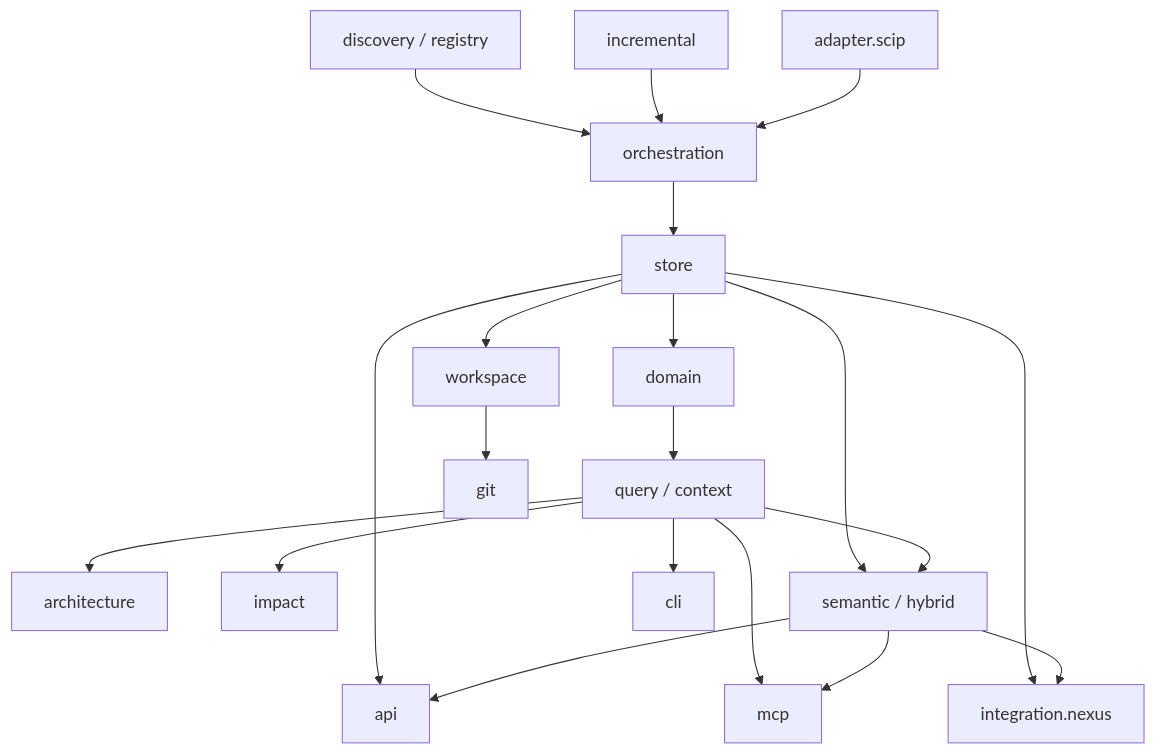
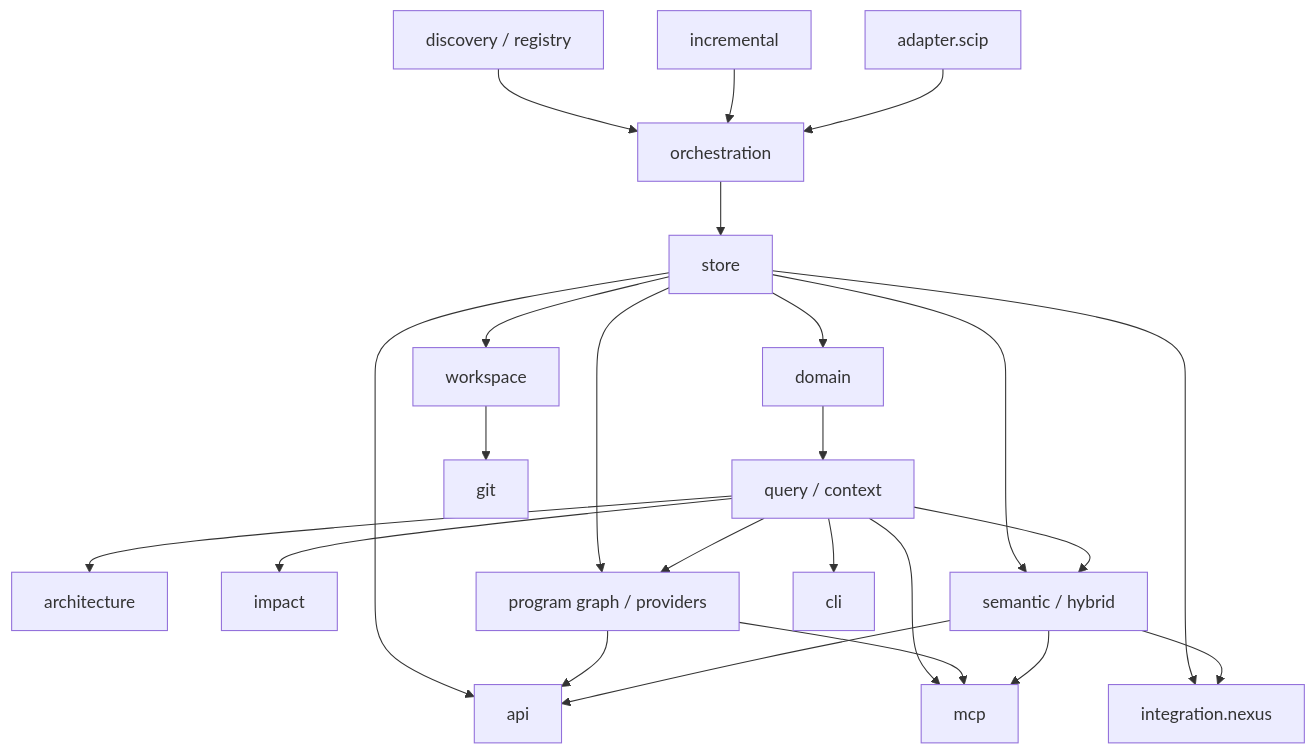
One commit to FTurleque/minos-code-intelligence changed the diagram in docs/developer/README.md. Above: the diagram before and after it, drawn with Mermaid. The commit also changed other lines of this file, not shown here.

````diff
--- a/docs/developer/README.md
+++ b/docs/developer/README.md
@@ -24,22 +25,26 @@
 ```mermaid
 flowchart TB
     DISC[discovery / registry] --> ORCH[orchestration]
     INC[incremental] --> ORCH
     SCIP[adapter.scip] --> ORCH
     ORCH --> STORE[store]
     STORE --> DOMAIN[domain]
     DOMAIN --> QUERY[query / context]
     QUERY --> ARCH[architecture]
     QUERY --> IMPACT[impact]
+    STORE --> PROG[program graph / providers]
+    QUERY --> PROG
     STORE --> SEM[semantic / hybrid]
     QUERY --> SEM
     STORE --> API[api]
     QUERY --> CLI[cli]
     QUERY --> MCP[mcp]
+    PROG --> API
+    PROG --> MCP
     SEM --> API
     SEM --> MCP
     STORE --> WORK[workspace]
     WORK --> GIT[git]
     STORE --> NEXUS[integration.nexus]
     SEM --> NEXUS
 ```
````
